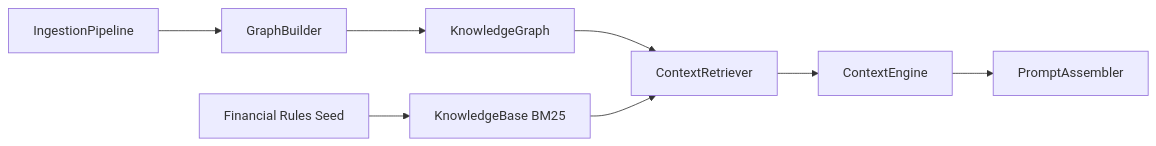
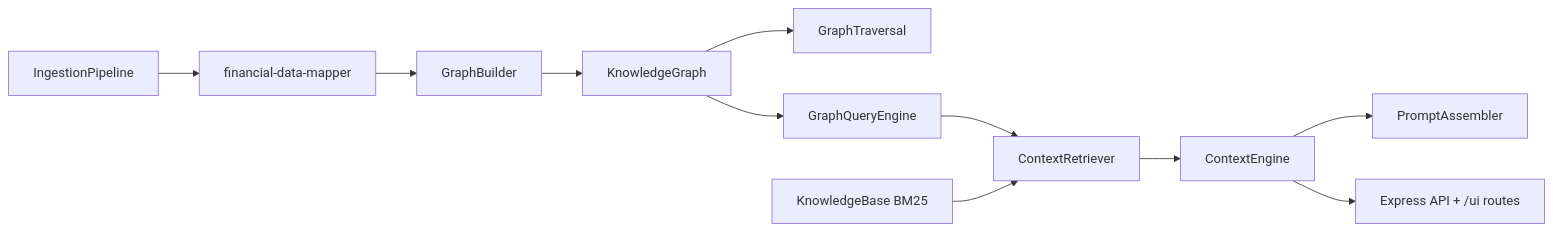
Before and after one commit to hoangsonww/WealthWise-Finance-Tracker: the third of 13 diagrams in TECH_DOCS.md, drawn with Mermaid. The commit also changed other lines of this file, not shown here.

Commit message:
feat(context): enhance context integration for user-specific financial prompts and architecture documentation

````diff
--- a/TECH_DOCS.md
+++ b/TECH_DOCS.md
@@ -38,10 +113,22 @@
 ```mermaid
 graph LR
-    ING[IngestionPipeline] --> GB[GraphBuilder]
-    GB --> KG[KnowledgeGraph]
-    FR[Financial Rules Seed] --> KB[KnowledgeBase BM25]
-    KG --> RET[ContextRetriever]
+    ING[IngestionPipeline]
+    MAP[financial-data-mapper]
+    GB[GraphBuilder]
+    KG[KnowledgeGraph]
+    TRV[GraphTraversal]
+    GQ[GraphQueryEngine]
+    KB[KnowledgeBase BM25]
+    RET[ContextRetriever]
+    CE[ContextEngine]
+    PA[PromptAssembler]
+    HTTP[Express API + /ui routes]
+
+    ING --> MAP --> GB --> KG
+    KG --> TRV
+    KG --> GQ
+    GQ --> RET
     KB --> RET
-    RET --> CE[ContextEngine]
-    CE --> PA[PromptAssembler]
+    RET --> CE --> PA
+    CE --> HTTP
 ```
````
